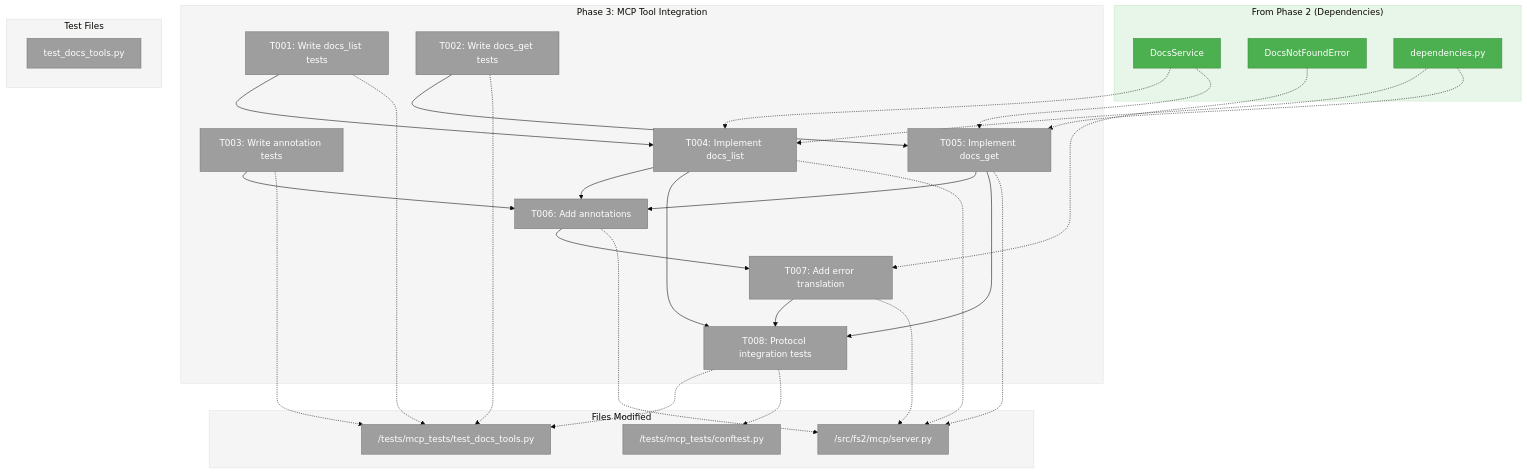
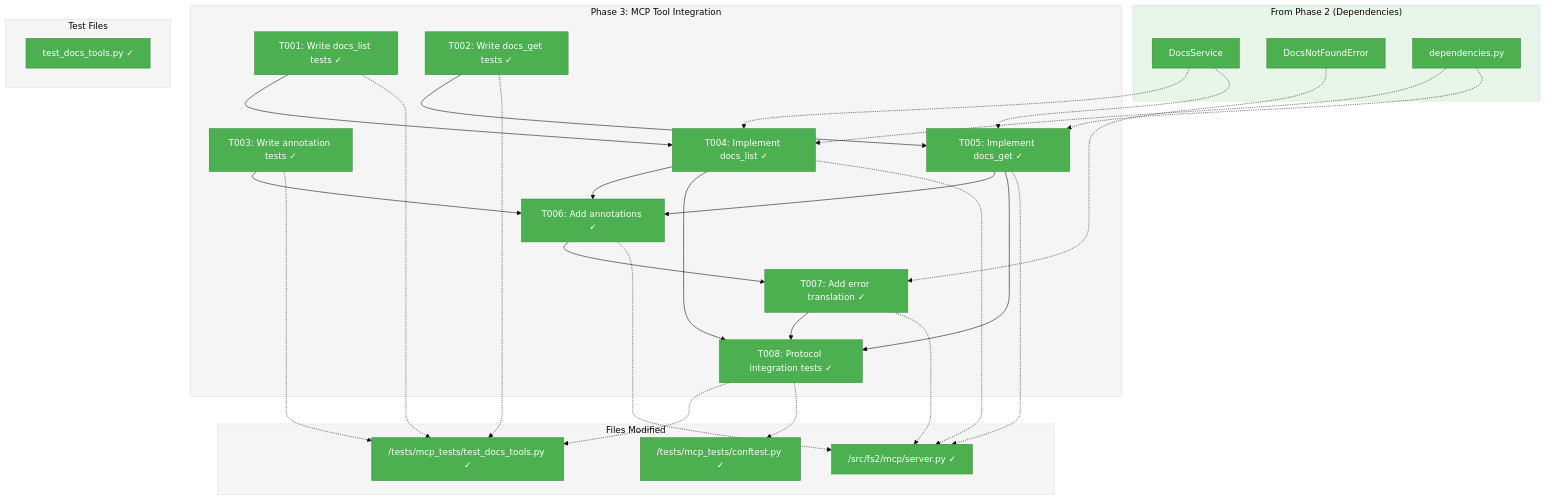
The first of 3 diagrams in docs/plans/014-mcp-doco/tasks/phase-3-mcp-tool-integration/tasks.md (AI-Substrate/flow_squared), drawn with Mermaid (base theme) before and after one commit. The commit also changed other lines of this file and 21 other files, not shown here.

First line of the commit message:
feat: Implement GraphUtilitiesService and ExtensionSummary model

````diff
--- a/docs/plans/014-mcp-doco/tasks/phase-3-mcp-tool-integration/tasks.md
+++ b/docs/plans/014-mcp-doco/tasks/phase-3-mcp-tool-integration/tasks.md
@@ -82,65 +82,65 @@
 ```mermaid
 flowchart TD
     classDef pending fill:#9E9E9E,stroke:#757575,color:#fff
     classDef inprogress fill:#FF9800,stroke:#F57C00,color:#fff
     classDef completed fill:#4CAF50,stroke:#388E3C,color:#fff
     classDef blocked fill:#F44336,stroke:#D32F2F,color:#fff
 
     style Phase fill:#F5F5F5,stroke:#E0E0E0
     style Files fill:#F5F5F5,stroke:#E0E0E0
     style Tests fill:#F5F5F5,stroke:#E0E0E0
     style FromPhase2 fill:#E8F5E9,stroke:#C8E6C9
 
     subgraph FromPhase2["From Phase 2 (Dependencies)"]
         DocsService["DocsService"]:::completed
         DocsNotFoundError["DocsNotFoundError"]:::completed
         Dependencies["dependencies.py"]:::completed
     end
 
     subgraph Phase["Phase 3: MCP Tool Integration"]
-        T001["T001: Write docs_list tests"]:::pending
-        T002["T002: Write docs_get tests"]:::pending
-        T003["T003: Write annotation tests"]:::pending
-        T004["T004: Implement docs_list"]:::pending
-        T005["T005: Implement docs_get"]:::pending
-        T006["T006: Add annotations"]:::pending
-        T007["T007: Add error translation"]:::pending
-        T008["T008: Protocol integration tests"]:::pending
+        T001["T001: Write docs_list tests ✓"]:::completed
+        T002["T002: Write docs_get tests ✓"]:::completed
+        T003["T003: Write annotation tests ✓"]:::completed
+        T004["T004: Implement docs_list ✓"]:::completed
+        T005["T005: Implement docs_get ✓"]:::completed
+        T006["T006: Add annotations ✓"]:::completed
+        T007["T007: Add error translation ✓"]:::completed
+        T008["T008: Protocol integration tests ✓"]:::completed
 
         T001 --> T004
         T002 --> T005
         T003 --> T006
         T004 --> T006
         T005 --> T006
         T006 --> T007
         T004 --> T008
         T005 --> T008
         T007 --> T008
     end
 
     subgraph Files["Files Modified"]
-        F1["/src/fs2/mcp/server.py"]:::pending
-        F2["/tests/mcp_tests/test_docs_tools.py"]:::pending
-        F3["/tests/mcp_tests/conftest.py"]:::pending
+        F1["/src/fs2/mcp/server.py ✓"]:::completed
+        F2["/tests/mcp_tests/test_docs_tools.py ✓"]:::completed
+        F3["/tests/mcp_tests/conftest.py ✓"]:::completed
     end
 
     subgraph Tests["Test Files"]
-        TF1["test_docs_tools.py"]:::pending
+        TF1["test_docs_tools.py ✓"]:::completed
     end
 
     DocsService -.-> T004
     DocsService -.-> T005
     DocsNotFoundError -.-> T007
     Dependencies -.-> T004
     Dependencies -.-> T005
 
     T001 -.-> F2
     T002 -.-> F2
     T003 -.-> F2
     T004 -.-> F1
     T005 -.-> F1
     T006 -.-> F1
     T007 -.-> F1
     T008 -.-> F2
     T008 -.-> F3
 ```
````
